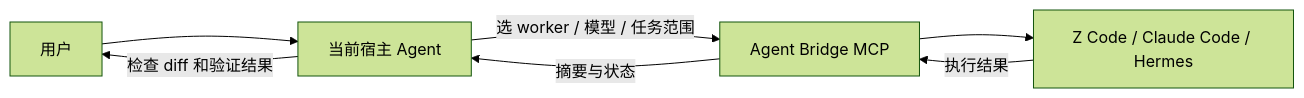
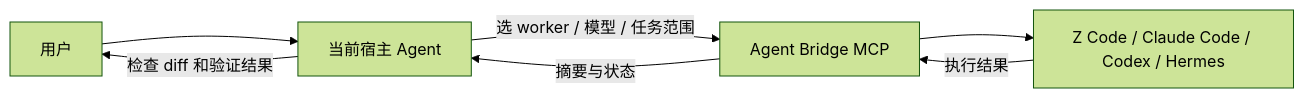
The first of 2 diagrams in README.md (henryzhang-tn/agent-bridge), drawn with Mermaid (forest theme) before and after one commit. The commit also changed other lines of this file and 30 other files, not shown here.

````diff
--- a/README.md
+++ b/README.md
@@ -9,9 +11,9 @@
 ```mermaid
 flowchart LR
     U[用户] --> H[当前宿主 Agent]
     H -->|选 worker / 模型 / 任务范围| B[Agent Bridge MCP]
-    B --> W[Z Code / Claude Code / Hermes]
+    B --> W[Z Code / Claude Code / Codex / Hermes]
     W -->|执行结果| B
     B -->|摘要与状态| H
     H -->|检查 diff 和验证结果| U
 ```
````
